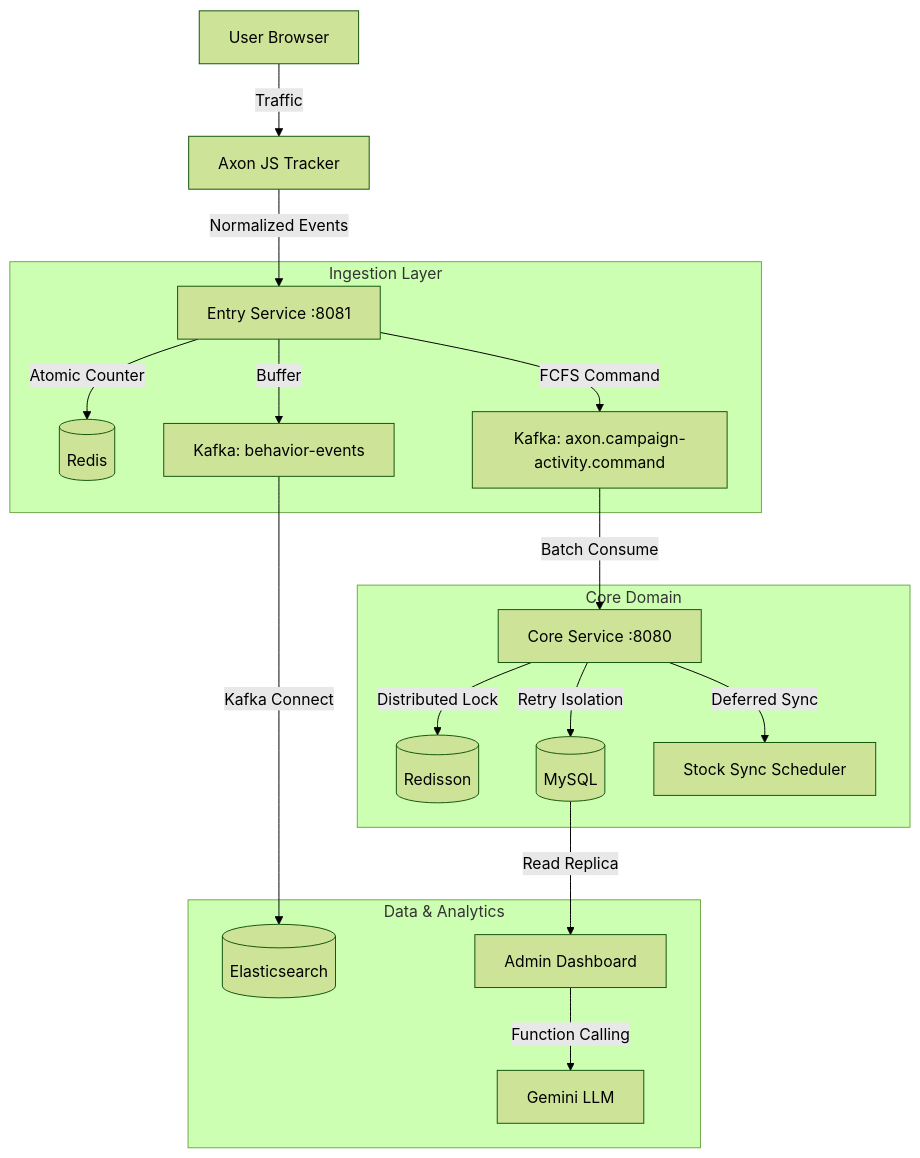
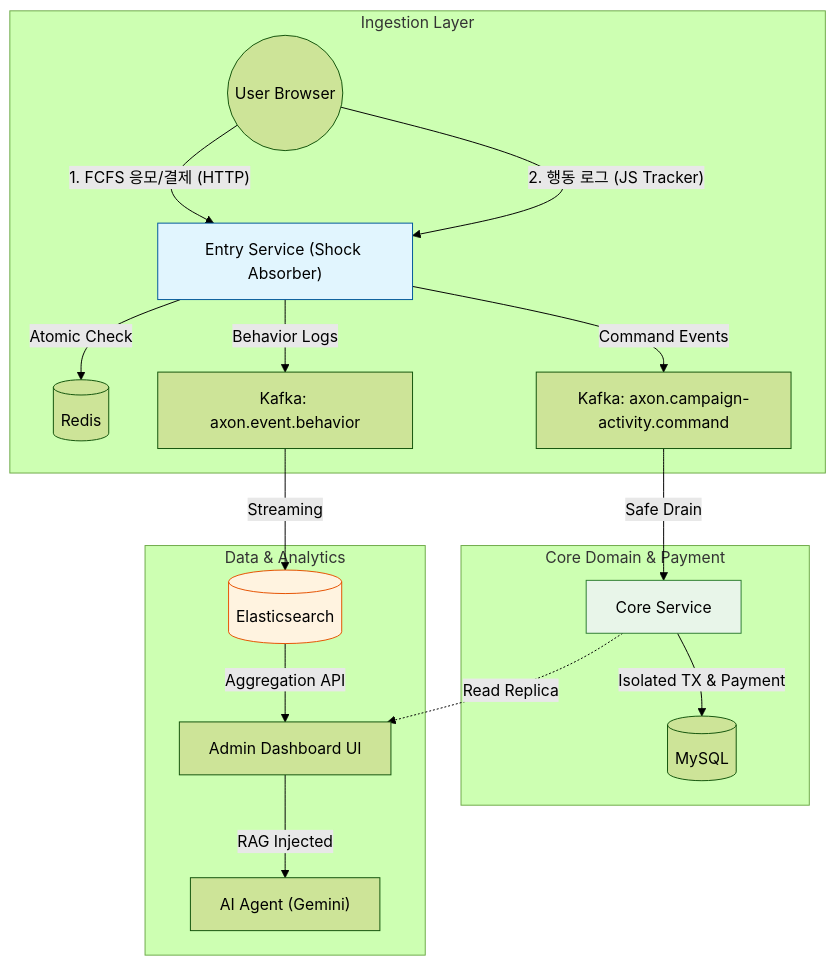
The diagram in README.md (NileTheKing/marketing-intelligence-platform), drawn with Mermaid (forest theme) before and after one commit. The commit also changed other lines of this file and 3 other files, not shown here.

````diff
--- a/README.md
+++ b/README.md
@@ -42,24 +34,31 @@
 ```mermaid
-graph TD
-    Client[User Browser] -->|Traffic| Tracker[Axon JS Tracker]
-    Tracker -->|Normalized Events| Entry[Entry Service :8081]
-
+flowchart TD
+    User(("User Browser")) 
+    
     subgraph "Ingestion Layer"
-        Entry -->|Atomic Counter| Redis[(Redis)]
-        Entry -->|Buffer| Kafka_Raw[Kafka: behavior-events]
-        Entry -->|FCFS Command| Kafka_Cmd[Kafka: axon.campaign-activity.command]
+        User -->|"1. FCFS 응모/결제 (HTTP)"| Entry["Entry Service (Shock Absorber)"]
+        User -->|"2. 행동 로그 (JS Tracker)"| Entry
+        
+        Entry -->|"Atomic Check"| Redis[("Redis")]
+        
+        Entry -->|"Command Events"| Kafka_Cmd[Kafka: axon.campaign-activity.command]
+        Entry -->|"Behavior Logs"| Kafka_Behavior[Kafka: axon.event.behavior]
+    end
+    
+    subgraph "Core Domain & Payment"
+        Kafka_Cmd -->|"Safe Drain"| Core["Core Service"]
+        Core -->|"Isolated TX & Payment"| MySQL[(MySQL)]
+    end
+    
+    subgraph "Data & Analytics"
+        Kafka_Behavior -->|"Streaming"| ES[(Elasticsearch)]
+        Core -.->|"Read Replica"| Dashboard["Admin Dashboard UI"]
+        ES -->|"Aggregation API"| Dashboard
+        Dashboard -->|"RAG Injected"| AI["AI Agent (Gemini)"]
     end
 
-    subgraph "Core Domain"
-        Kafka_Cmd -->|Batch Consume| Core[Core Service :8080]
-        Core -->|Distributed Lock| Redisson[(Redisson)]
-        Core -->|Retry Isolation| MySQL[(MySQL)]
-        Core -->|Deferred Sync| Scheduler[Stock Sync Scheduler]
-    end
-
-    subgraph "Data & Analytics"
-        Kafka_Raw -->|Kafka Connect| ES[(Elasticsearch)]
-        MySQL -->|Read Replica| Dashboard[Admin Dashboard]
-        Dashboard -->|Function Calling| LLM[Gemini LLM]
-    end
+    %% Flow Styles
+    style Entry fill:#e1f5fe,stroke:#01579b;
+    style Core fill:#e8f5e9,stroke:#2e7d32;
+    style ES fill:#fff3e0,stroke:#e65100;
 ```
````
